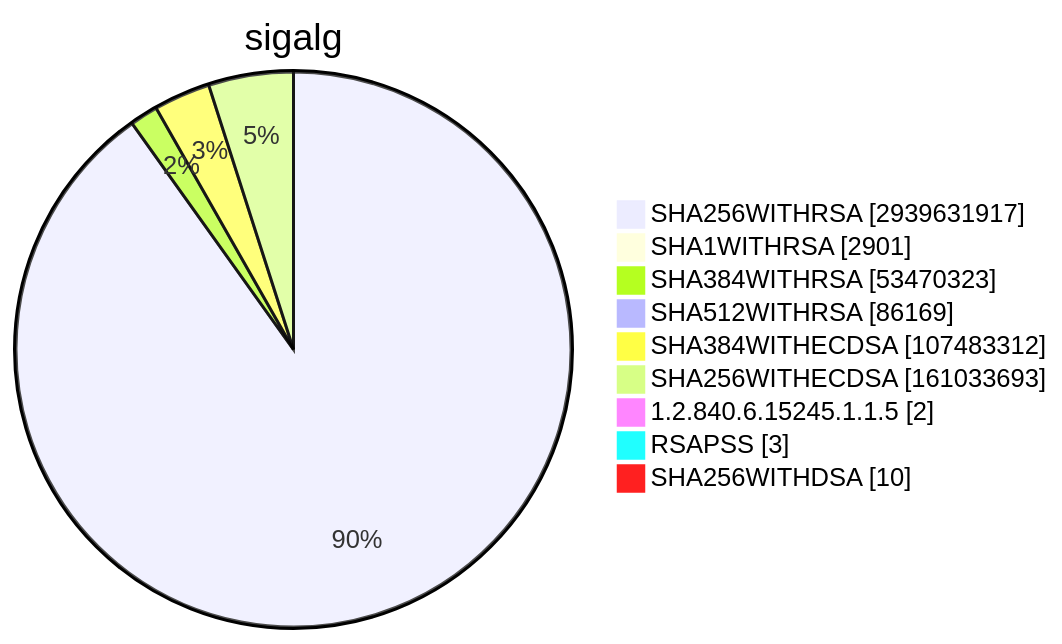
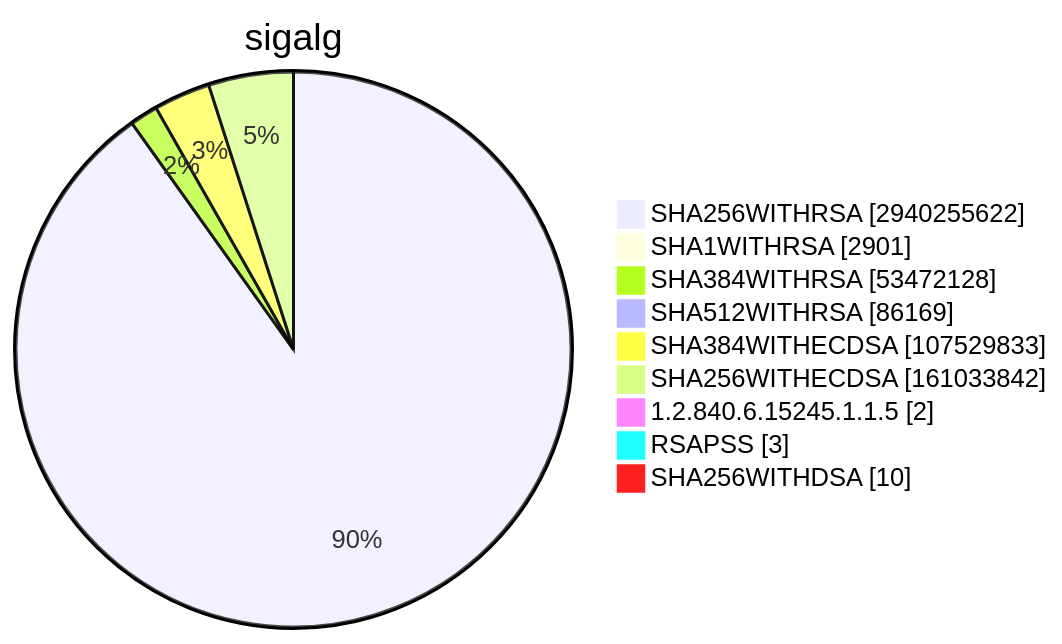
One commit to christiankrug/ctmonitor_visualization changed diagram 15 of 15 in TOTAL/README.md. Above: the diagram before and after it, drawn with Mermaid. The commit also changed other lines of this file, not shown here.

````diff
--- a/TOTAL/README.md
+++ b/TOTAL/README.md
@@ -6207,13 +6207,13 @@
 ```mermaid
 pie showData
 title sigalg
-"SHA256WITHRSA" :2939631917
+"SHA256WITHRSA" :2940255622
 "SHA1WITHRSA" :2901
-"SHA384WITHRSA" :53470323
+"SHA384WITHRSA" :53472128
 "SHA512WITHRSA" :86169
-"SHA384WITHECDSA" :107483312
-"SHA256WITHECDSA" :161033693
+"SHA384WITHECDSA" :107529833
+"SHA256WITHECDSA" :161033842
 "1.2.840.6.15245.1.1.5" :2
 "RSAPSS" :3
 "SHA256WITHDSA" :10
 ```
````
